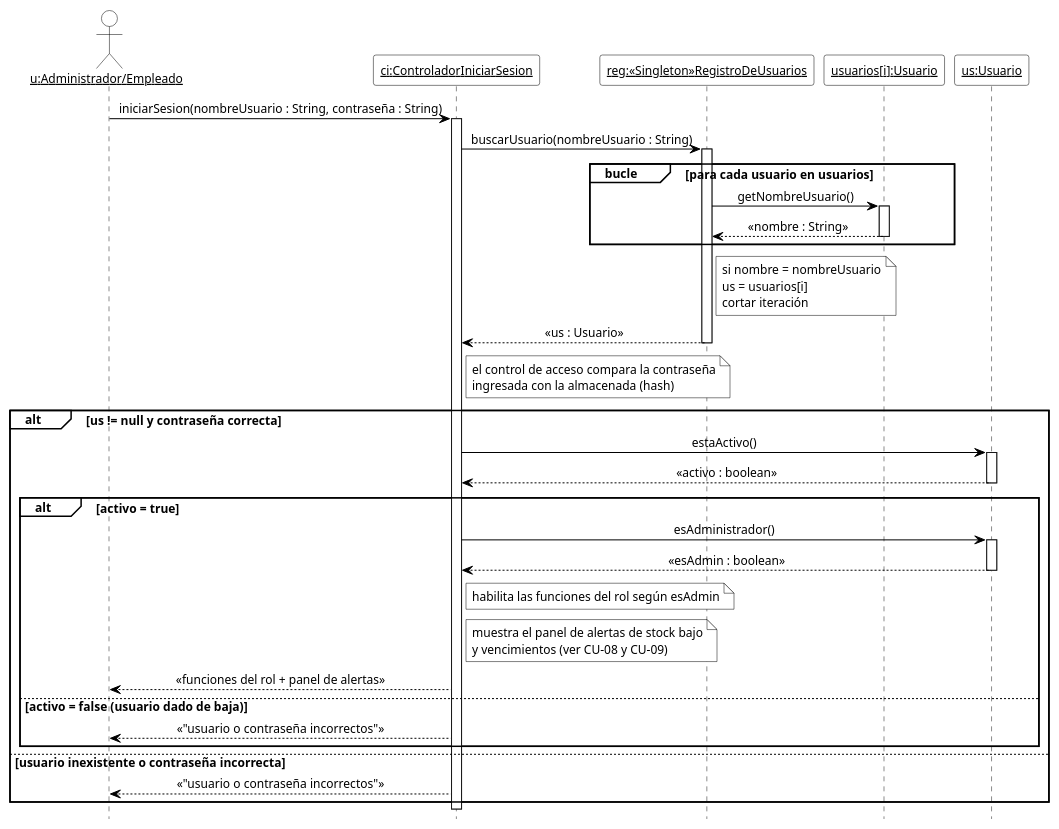
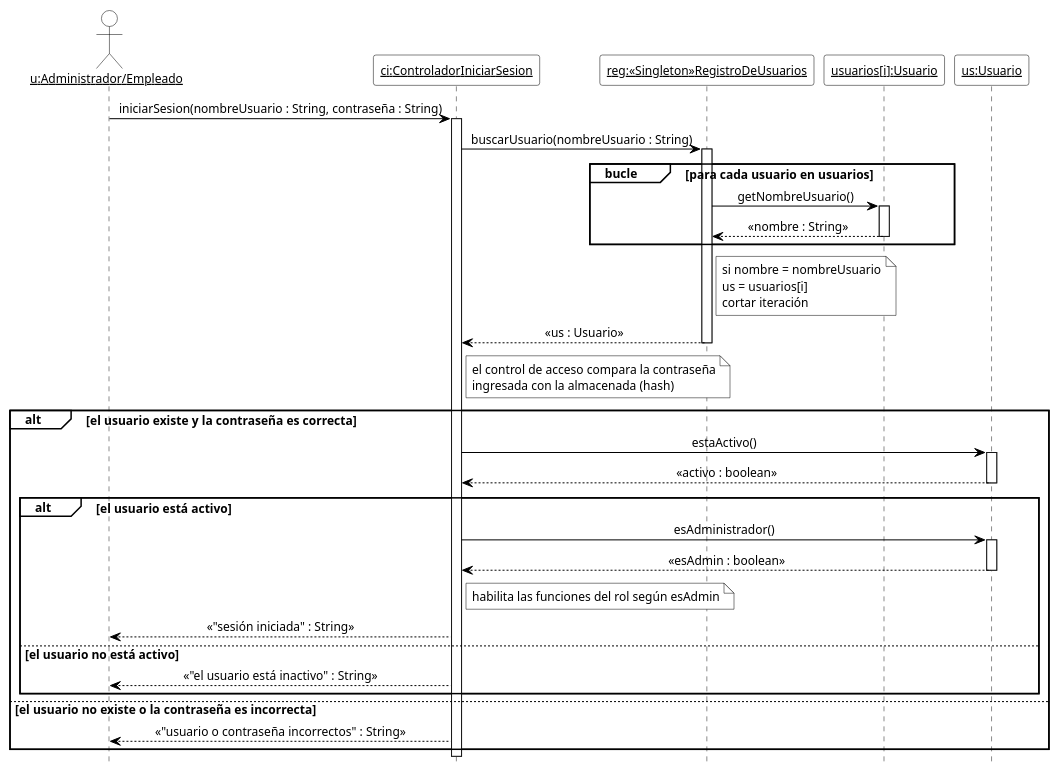
One commit to cirotop/Stock-Project changed the first of 18 diagrams in 08-Diagrama De Secuencia/Diagramas_de_Secuencia.md. Above: the diagram before and after it, drawn with PlantUML. The commit also changed other lines of this file and 22 other files, not shown here.

````diff
--- a/08-Diagrama De Secuencia/Diagramas_de_Secuencia.md
+++ b/08-Diagrama De Secuencia/Diagramas_de_Secuencia.md
@@ -24,62 +24,61 @@
 ```plantuml
 @startuml DSD_CU-01_iniciarSesion
 ' Diagrama de Secuencia de Diseño (DSD) - CU-01 Iniciar sesión - iniciarSesion
 ' Estilo de los ejemplos de la teoría (introducirArticulo / crearNuevaVenta).
 hide footbox
 skinparam shadowing false
 skinparam defaultFontName Arial
 skinparam defaultFontSize 12
 skinparam sequenceMessageAlign center
 skinparam ArrowColor black
 skinparam ParticipantBackgroundColor white
 skinparam ParticipantBorderColor black
 skinparam CollectionsBackgroundColor white
 skinparam CollectionsBorderColor black
 skinparam ActorBackgroundColor white
 skinparam ActorBorderColor black
 skinparam LifeLineBorderColor black
 skinparam LifeLineBackgroundColor white
 skinparam SequenceGroupBackgroundColor white
 skinparam SequenceGroupBorderColor black
 skinparam SequenceGroupHeaderFontColor black
 skinparam NoteBackgroundColor white
 skinparam NoteBorderColor black
 
 actor "<u>u:Administrador/Empleado</u>" as u
 participant "<u>ci:ControladorIniciarSesion</u>" as ci
 participant "<u>reg:«Singleton»RegistroDeUsuarios</u>" as reg
 participant "<u>usuarios[i]:Usuario</u>" as ui
 participant "<u>us:Usuario</u>" as us
 
 u -> ci ++ : iniciarSesion(nombreUsuario : String, contraseña : String)
 ci -> reg ++ : buscarUsuario(nombreUsuario : String)
 group bucle [para cada usuario en usuarios]
   reg -> ui ++ : getNombreUsuario()
   ui --> reg -- : «nombre : String»
 end
 note right of reg
   si nombre = nombreUsuario
   us = usuarios[i]
   cortar iteración
 end note
 reg --> ci -- : «us : Usuario»
 note right of ci : el control de acceso compara la contraseña\ningresada con la almacenada (hash)
-alt us != null y contraseña correcta
+alt el usuario existe y la contraseña es correcta
   ci -> us ++ : estaActivo()
   us --> ci -- : «activo : boolean»
-  alt activo = true
+  alt el usuario está activo
     ci -> us ++ : esAdministrador()
     us --> ci -- : «esAdmin : boolean»
     note right of ci : habilita las funciones del rol según esAdmin
-    note right of ci : muestra el panel de alertas de stock bajo\ny vencimientos (ver CU-08 y CU-09)
-    ci --> u : «funciones del rol + panel de alertas»
-  else activo = false (usuario dado de baja)
-    ci --> u : «"usuario o contraseña incorrectos"»
+    ci --> u : «"sesión iniciada" : String»
+  else el usuario no está activo
+    ci --> u : «"el usuario está inactivo" : String»
   end
-else usuario inexistente o contraseña incorrecta
-  ci --> u : «"usuario o contraseña incorrectos"»
+else el usuario no existe o la contraseña es incorrecta
+  ci --> u : «"usuario o contraseña incorrectos" : String»
 end
 deactivate ci
 
 @enduml
 ```
````
